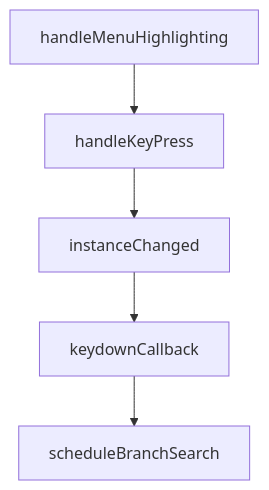
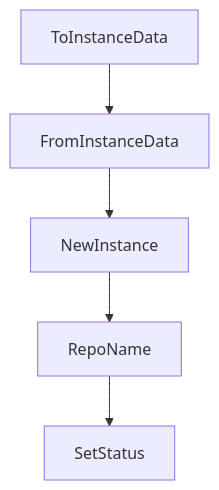
Before and after one commit to johnxie/awesome-code-docs: the diagram in tutorials/claude-squad-tutorial/02-tmux-and-worktree-architecture.md, drawn with Mermaid. The commit also changed other lines of this file and 1232 other files, not shown here.

````diff
--- a/tutorials/claude-squad-tutorial/02-tmux-and-worktree-architecture.md
+++ b/tutorials/claude-squad-tutorial/02-tmux-and-worktree-architecture.md
@@ -212,12 +210,12 @@
 ```mermaid
 flowchart TD
-    A[handleMenuHighlighting]
-    B[handleKeyPress]
-    C[instanceChanged]
-    D[keydownCallback]
-    E[scheduleBranchSearch]
+    A[ToInstanceData]
+    B[FromInstanceData]
+    C[NewInstance]
+    D[RepoName]
+    E[SetStatus]
     A --> B
     B --> C
     C --> D
     D --> E
 ```
````
